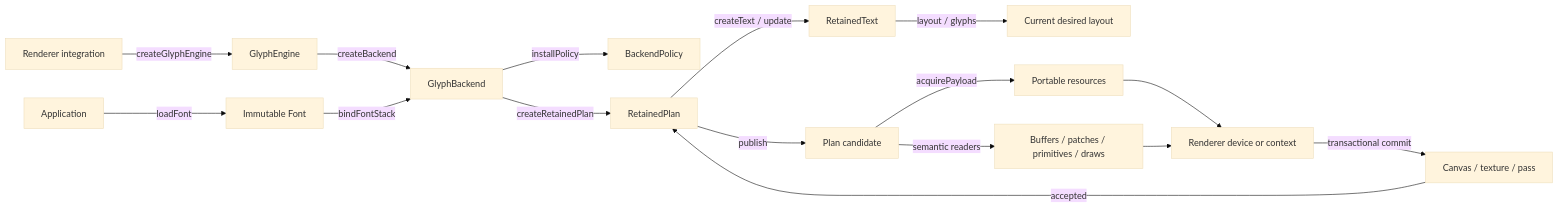
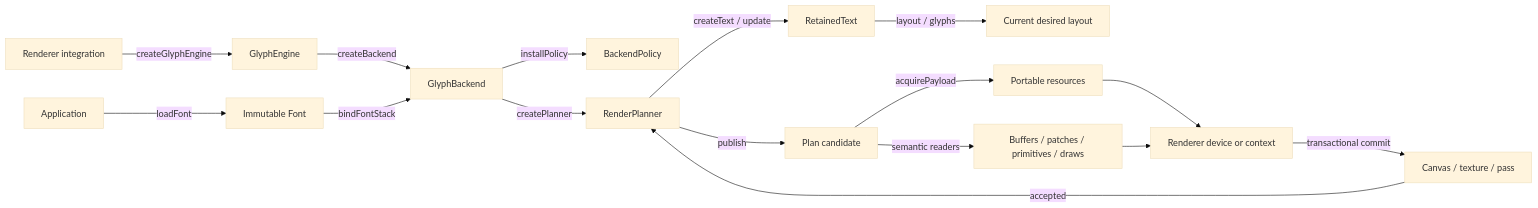
Before and after one commit to pmndrs/glyph: the first of 2 diagrams in docs/guides/renderer-integration.md, drawn with Mermaid (base theme). The commit also changed other lines of this file and 14 other files, not shown here.

````diff
--- a/docs/guides/renderer-integration.md
+++ b/docs/guides/renderer-integration.md
@@ -48,18 +48,18 @@
 ```mermaid
 flowchart LR
   App[Application] -->|loadFont| Font[Immutable Font]
   Integrator[Renderer integration] -->|createGlyphEngine| Engine[GlyphEngine]
   Engine -->|createBackend| Backend[GlyphBackend]
   Backend -->|installPolicy| Policy[BackendPolicy]
   Font -->|bindFontStack| Backend
-  Backend -->|createRetainedPlan| RetainedPlan[RetainedPlan]
-  RetainedPlan -->|createText / update| Text[RetainedText]
+  Backend -->|createPlanner| RenderPlanner[RenderPlanner]
+  RenderPlanner -->|createText / update| Text[RetainedText]
   Text -->|layout / glyphs| Query[Current desired layout]
-  RetainedPlan -->|publish| Candidate[Plan candidate]
+  RenderPlanner -->|publish| Candidate[Plan candidate]
   Candidate -->|acquirePayload| Portable[Portable resources]
   Candidate -->|semantic readers| Records[Buffers / patches / primitives / draws]
   Portable --> Device[Renderer device or context]
   Records --> Device
   Device -->|transactional commit| Surface[Canvas / texture / pass]
-  Surface -->|accepted| RetainedPlan
+  Surface -->|accepted| RenderPlanner
 ```
````
